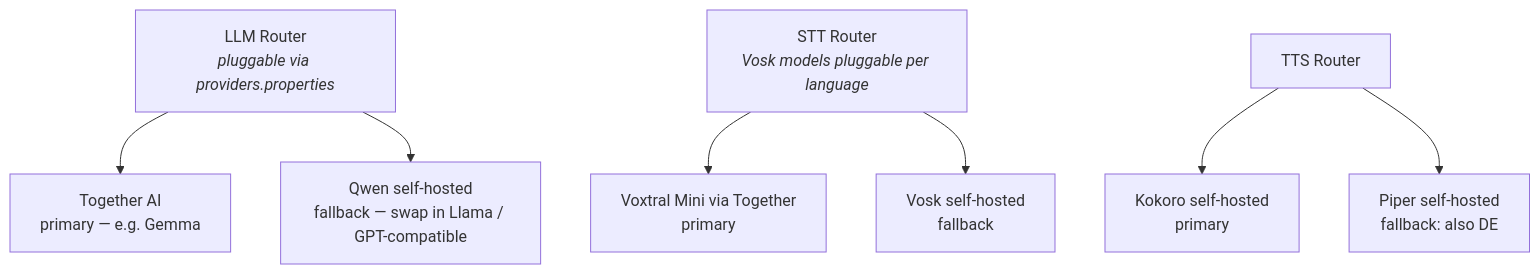
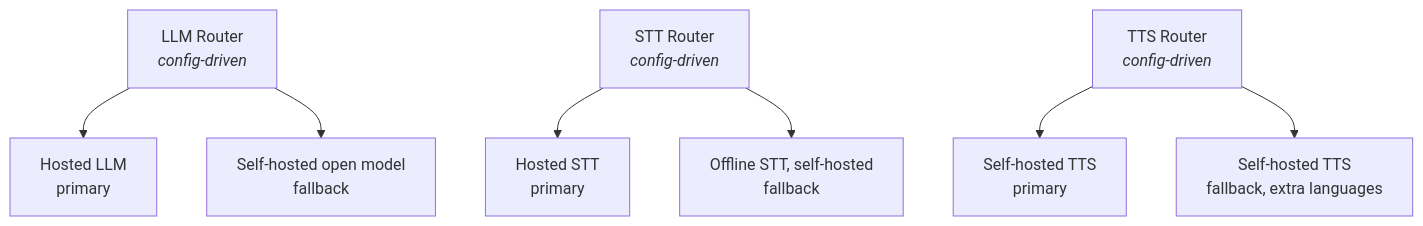
Before and after one commit to cloud-fullstack/architecture: the third of 3 diagrams in README.md, drawn with Mermaid. The commit also changed other lines of this file, not shown here.

````diff
--- a/README.md
+++ b/README.md
@@ -112,14 +113,14 @@
 ```mermaid
 graph TB
-    LLMR[LLM Router<br/><i>pluggable via providers.properties</i>]
-    LLMR --> LLMP1[Together AI<br/>primary — e.g. Gemma]
-    LLMR --> LLMP2[Qwen self-hosted<br/>fallback — swap in Llama / GPT-compatible]
+    LLMR[LLM Router<br/><i>config-driven</i>]
+    LLMR --> LLMP1[Hosted LLM<br/>primary]
+    LLMR --> LLMP2[Self-hosted open model<br/>fallback]
 
-    STTR[STT Router<br/><i>Vosk models pluggable per language</i>]
-    STTR --> STTP1[Voxtral Mini via Together<br/>primary]
-    STTR --> STTP2[Vosk self-hosted<br/>fallback]
+    STTR[STT Router<br/><i>config-driven</i>]
+    STTR --> STTP1[Hosted STT<br/>primary]
+    STTR --> STTP2[Offline STT, self-hosted<br/>fallback]
 
-    TTSR[TTS Router]
-    TTSR --> TTSP1[Kokoro self-hosted<br/>primary]
-    TTSR --> TTSP2[Piper self-hosted<br/>fallback: also DE]
+    TTSR[TTS Router<br/><i>config-driven</i>]
+    TTSR --> TTSP1[Self-hosted TTS<br/>primary]
+    TTSR --> TTSP2[Self-hosted TTS<br/>fallback, extra languages]
 ```
````
